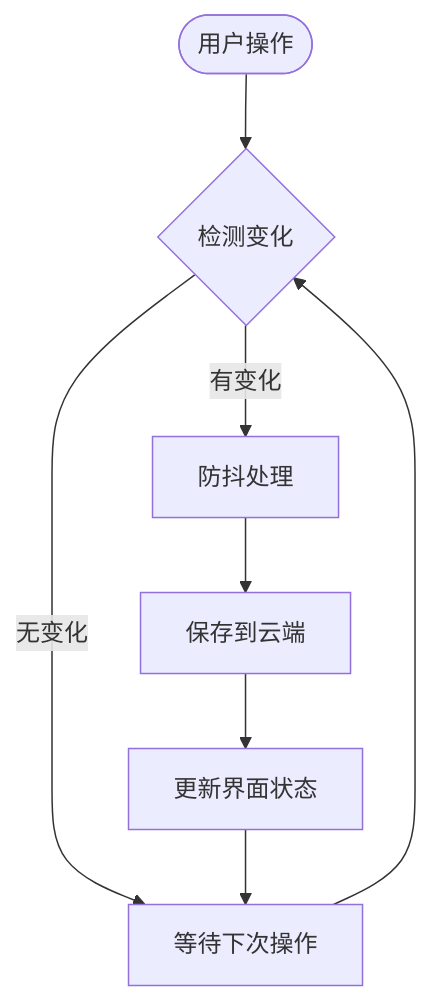
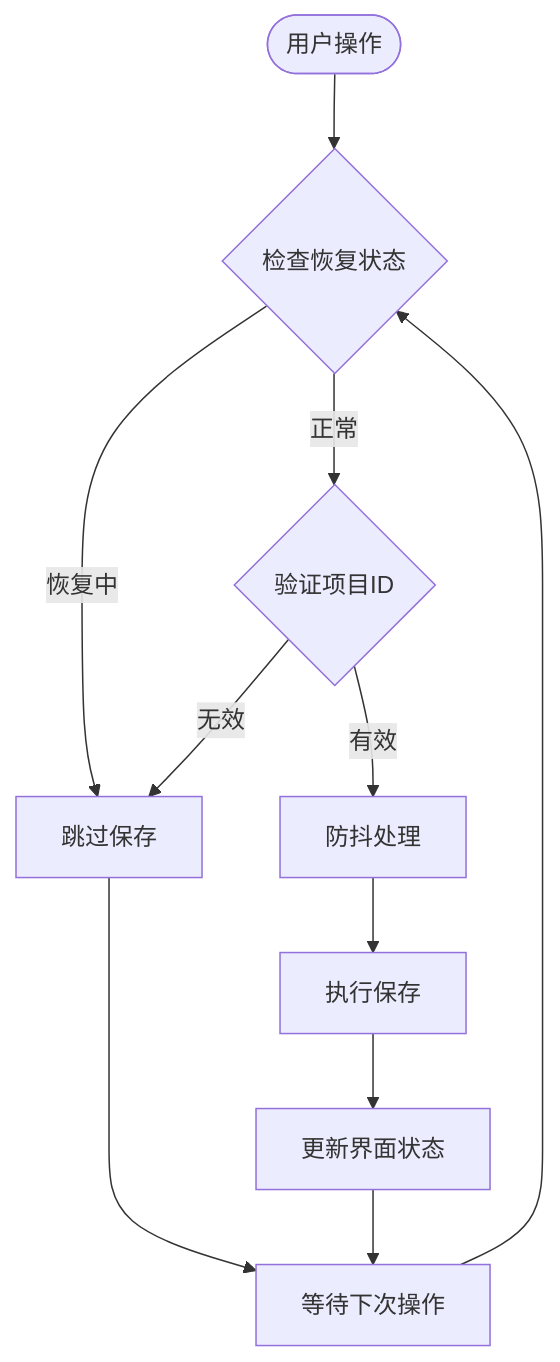
The tenth of 15 diagrams in .qoder/repowiki/zh/content/核心功能模块/画布图像加载机制.md (billye220670/BananaFlow2), drawn with Mermaid before and after one commit. The commit also changed other lines of this file and 17 other files, not shown here.

First line of the commit message:
refactor: shimmer单元素架构重构，统一图片URL为Supabase单一来源

````diff
--- a/.qoder/repowiki/zh/content/核心功能模块/画布图像加载机制.md
+++ b/.qoder/repowiki/zh/content/核心功能模块/画布图像加载机制.md
@@ -346,10 +367,13 @@
 ```mermaid
 flowchart TD
-Start([用户操作]) --> DetectChange{检测变化}
-DetectChange --> |有变化| Debounce[防抖处理]
-DetectChange --> |无变化| Wait[等待下次操作]
-Debounce --> Save[保存到云端]
-Save --> UpdateUI[更新界面状态]
+Start([用户操作]) --> CheckRestore{检查恢复状态}
+CheckRestore --> |恢复中| SkipSave[跳过保存]
+CheckRestore --> |正常| CheckProject{验证项目ID}
+CheckProject --> |无效| SkipSave
+CheckProject --> |有效| Debounce[防抖处理]
+SkipSave --> Wait[等待下次操作]
+Debounce --> RunSave[执行保存]
+RunSave --> UpdateUI[更新界面状态]
 UpdateUI --> Wait
-Wait --> DetectChange
+Wait --> CheckRestore
 ```
````
